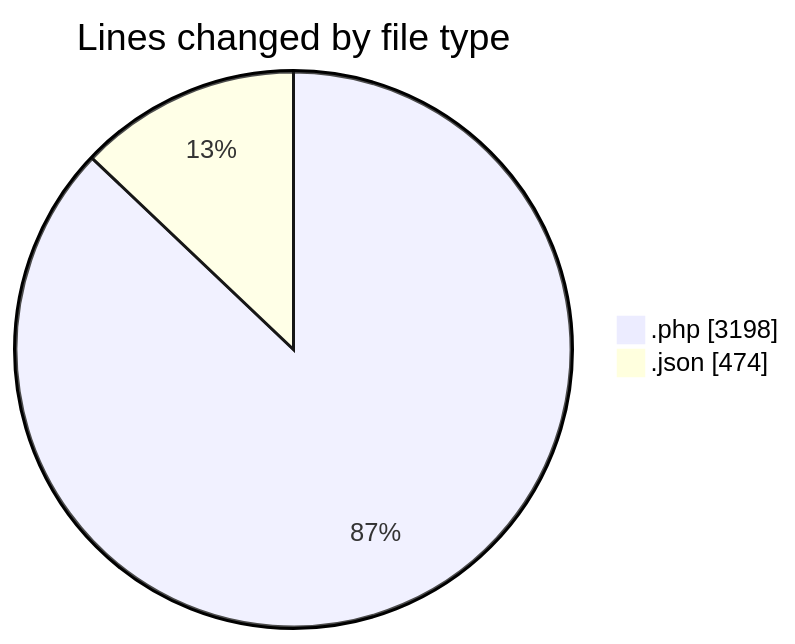
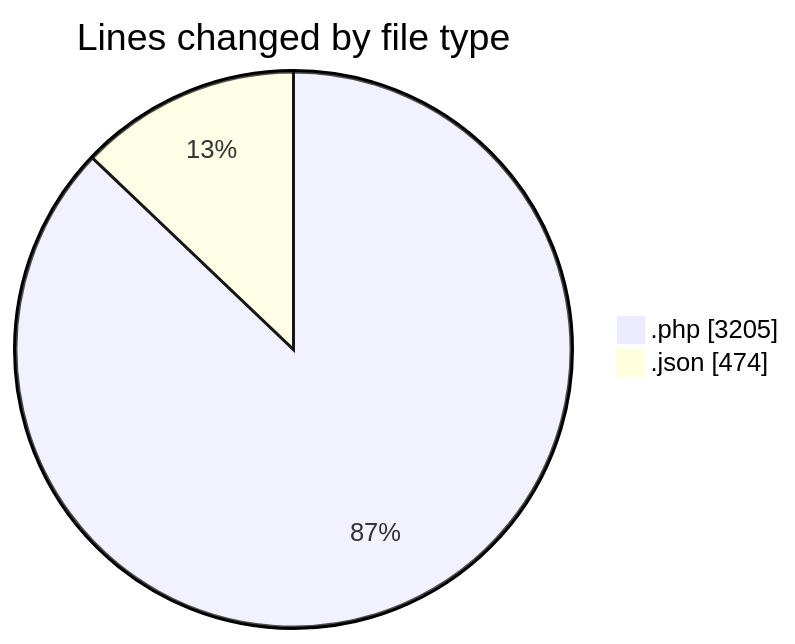
One commit to idhammustaqopulfikri/code-tracking changed the first of 2 diagrams in 2025-06-22/studio-backend/README.md. Above: the diagram before and after it, drawn with Mermaid. The commit also changed other lines of this file and 1 other file, not shown here.

````diff
--- a/2025-06-22/studio-backend/README.md
+++ b/2025-06-22/studio-backend/README.md
@@ -30,6 +30,6 @@
 ```mermaid
 pie showData
 title Lines changed by file type
-".php" : 3198
+".php" : 3205
 ".json" : 474
 ```
````
